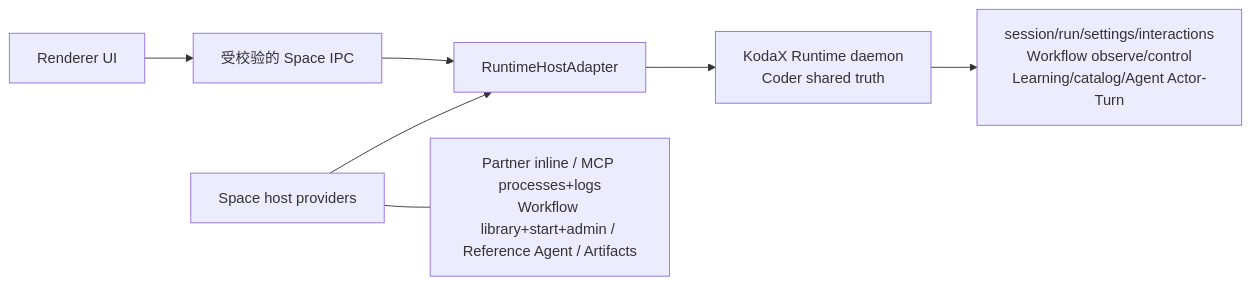
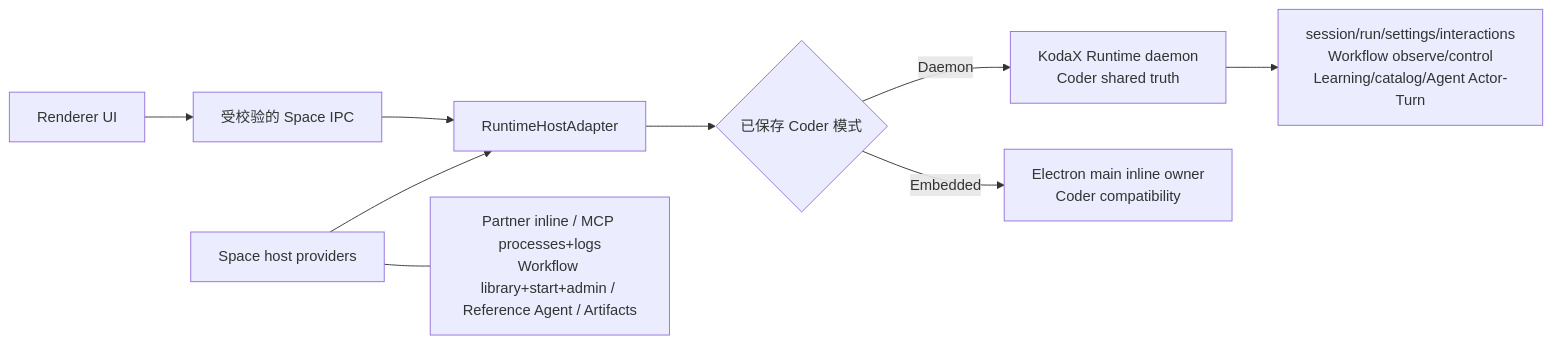
The third of 6 diagrams in docs/USER_MANUAL.zh-CN.md (icetomoyo/KodaX-Space), drawn with Mermaid before and after one commit. The commit also changed other lines of this file and 17 other files, not shown here.

````diff
--- a/docs/USER_MANUAL.zh-CN.md
+++ b/docs/USER_MANUAL.zh-CN.md
@@ -211,9 +235,11 @@
 ```mermaid
 flowchart LR
     UI["Renderer UI"] --> IPC["受校验的 Space IPC"]
     IPC --> Host["RuntimeHostAdapter"]
-    Host --> RT["KodaX Runtime daemon<br/>Coder shared truth"]
+    Host --> Mode{"已保存 Coder 模式"}
+    Mode -->|Daemon| RT["KodaX Runtime daemon<br/>Coder shared truth"]
+    Mode -->|Embedded| Inline["Electron main inline owner<br/>Coder compatibility"]
     RT --> Run["session/run/settings/interactions<br/>Workflow observe/control<br/>Learning/catalog/Agent Actor-Turn"]
     Bridge["Space host providers"] --> Host
     Bridge --- P["Partner inline / MCP processes+logs<br/>Workflow library+start+admin / Reference Agent / Artifacts"]
 ```
````
